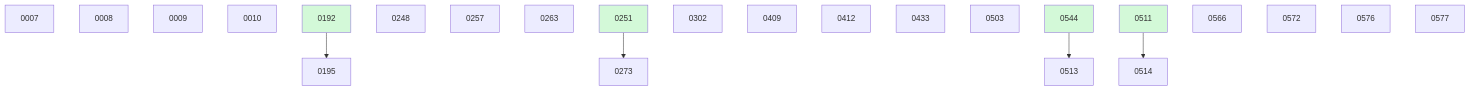
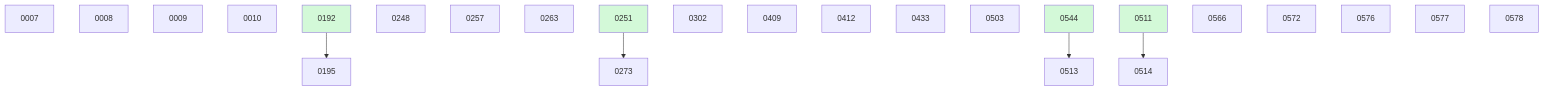
The diagram in docs/changes/BOARD.md (danielhanold/docket), drawn with Mermaid before and after one commit. The commit also changed other lines of this file and 1 other file, not shown here.

````diff
--- a/docs/changes/BOARD.md
+++ b/docs/changes/BOARD.md
@@ -35,28 +36,29 @@
 ```mermaid
 graph TD
   0007
   0008
   0009
   0010
   0192 --> 0195
   0248
   0257
   0263
   0251 --> 0273
   0302
   0409
   0412
   0433
   0503
   0544 --> 0513
   0511 --> 0514
   0566
   0572
   0576
   0577
+  0578
   0192:::done
   0251:::done
   0511:::done
   0544:::done
   classDef done fill:#d3f9d8;
 ```
````
